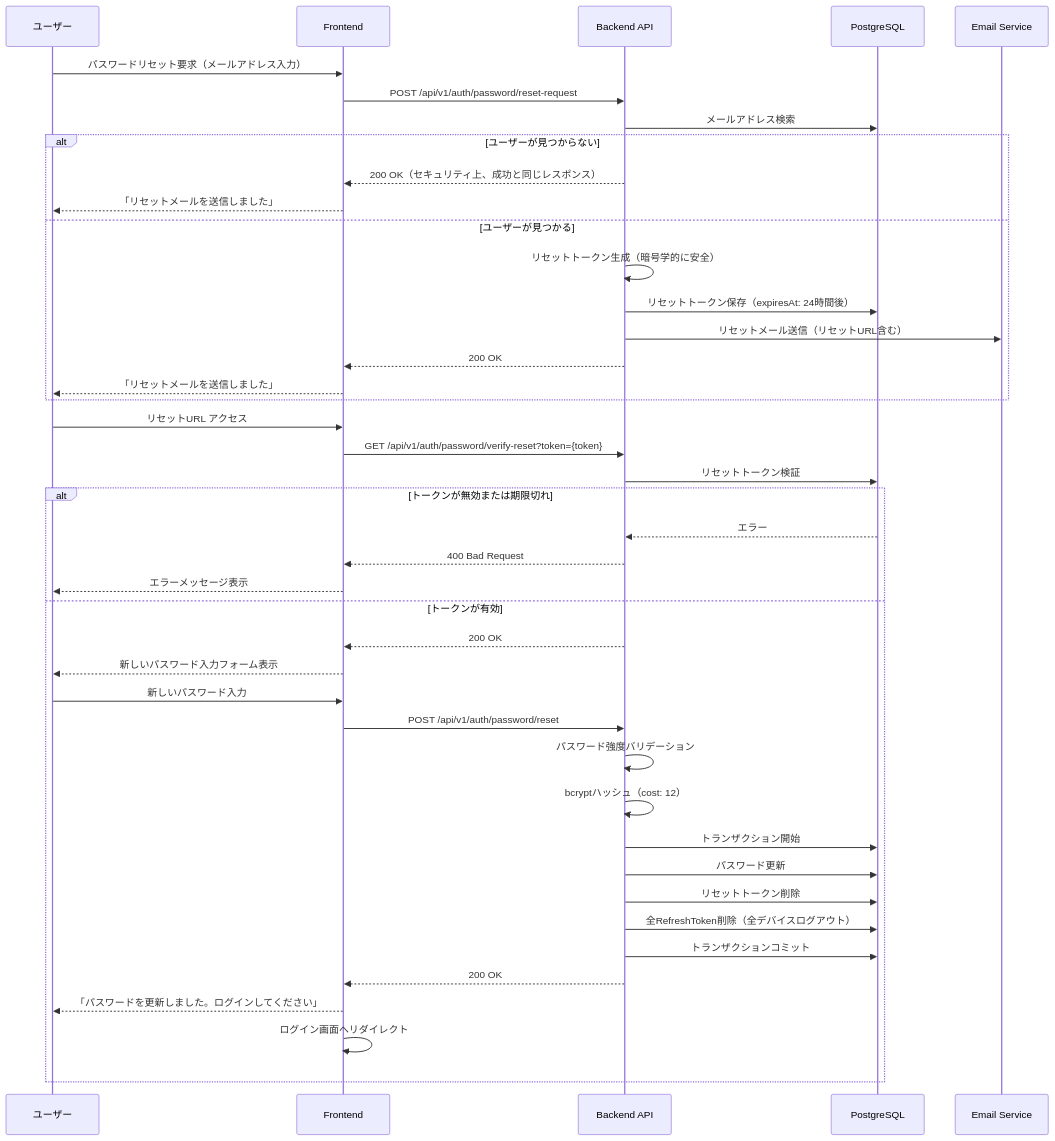
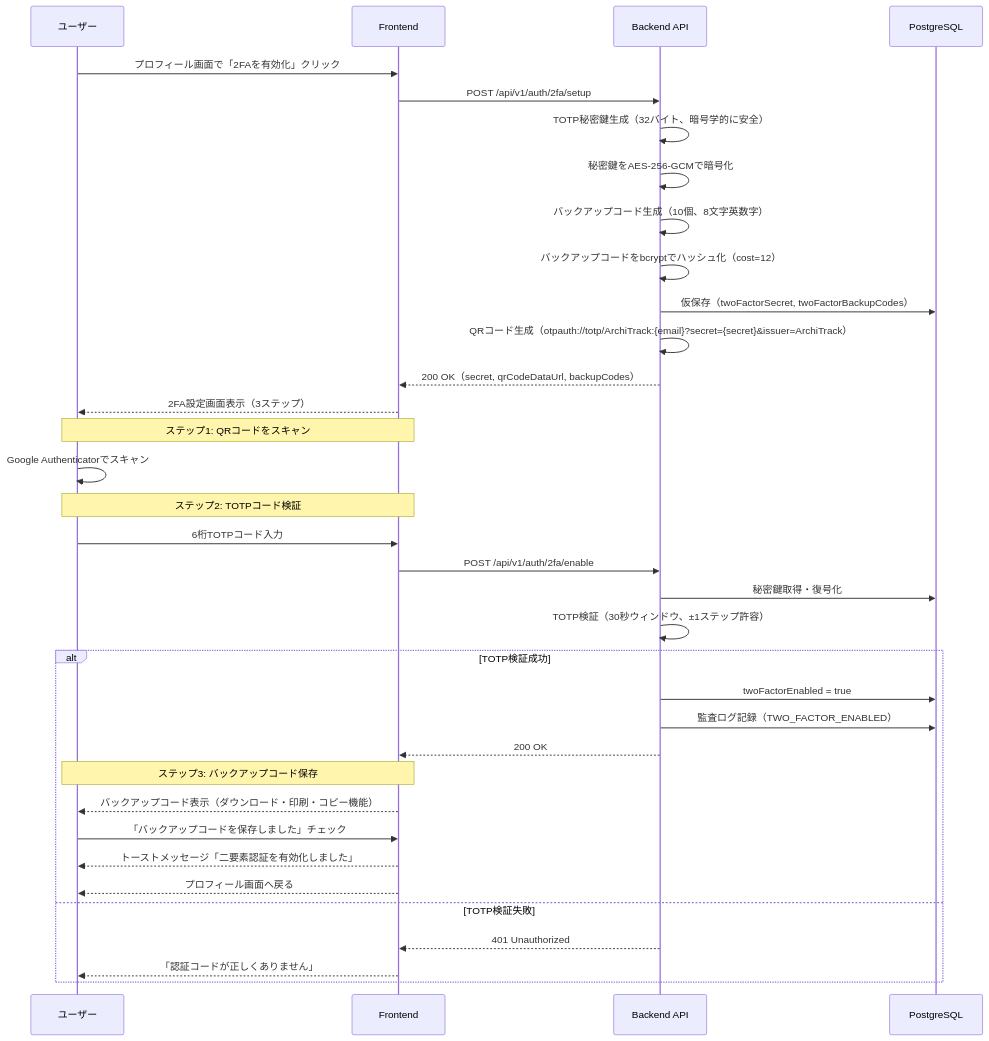
Before and after one commit to inakanou/ArchiTrack: the sixth of 7 diagrams in .kiro/specs/user-authentication/design.md, drawn with Mermaid. The commit also changed other lines of this file and 1 other file, not shown here.

First line of the commit message:
feat(spec): user-authentication技術設計書の完全生成（merge mode）

````diff
--- a/.kiro/specs/user-authentication/design.md
+++ b/.kiro/specs/user-authentication/design.md
@@ -610,47 +705,41 @@
 ```mermaid
 sequenceDiagram
     participant User as ユーザー
     participant Frontend as Frontend
     participant Backend as Backend API
     participant DB as PostgreSQL
-    participant Email as Email Service
 
-    User->>Frontend: パスワードリセット要求（メールアドレス入力）
-    Frontend->>Backend: POST /api/v1/auth/password/reset-request
-    Backend->>DB: メールアドレス検索
-    alt ユーザーが見つからない
-        Backend-->>Frontend: 200 OK（セキュリティ上、成功と同じレスポンス）
-        Frontend-->>User: 「リセットメールを送信しました」
-    else ユーザーが見つかる
-        Backend->>Backend: リセットトークン生成（暗号学的に安全）
-        Backend->>DB: リセットトークン保存（expiresAt: 24時間後）
-        Backend->>Email: リセットメール送信（リセットURL含む）
+    User->>Frontend: プロフィール画面で「2FAを有効化」クリック
+    Frontend->>Backend: POST /api/v1/auth/2fa/setup
+    Backend->>Backend: TOTP秘密鍵生成（32バイト、暗号学的に安全）
+    Backend->>Backend: 秘密鍵をAES-256-GCMで暗号化
+    Backend->>Backend: バックアップコード生成（10個、8文字英数字）
+    Backend->>Backend: バックアップコードをbcryptでハッシュ化（cost=12）
+    Backend->>DB: 仮保存（twoFactorSecret, twoFactorBackupCodes）
+    Backend->>Backend: QRコード生成（otpauth://totp/ArchiTrack:{email}?secret={secret}&issuer=ArchiTrack）
+    Backend-->>Frontend: 200 OK（secret, qrCodeDataUrl, backupCodes）
+
+    Frontend-->>User: 2FA設定画面表示（3ステップ）
+    Note over User,Frontend: ステップ1: QRコードをスキャン
+    User->>User: Google Authenticatorでスキャン
+
+    Note over User,Frontend: ステップ2: TOTPコード検証
+    User->>Frontend: 6桁TOTPコード入力
+    Frontend->>Backend: POST /api/v1/auth/2fa/enable
+    Backend->>DB: 秘密鍵取得・復号化
+    Backend->>Backend: TOTP検証（30秒ウィンドウ、±1ステップ許容）
+    alt TOTP検証成功
+        Backend->>DB: twoFactorEnabled = true
+        Backend->>DB: 監査ログ記録（TWO_FACTOR_ENABLED）
         Backend-->>Frontend: 200 OK
-        Frontend-->>User: 「リセットメールを送信しました」
-    end
 
-    User->>Frontend: リセットURL アクセス
-    Frontend->>Backend: GET /api/v1/auth/password/verify-reset?token={token}
-    Backend->>DB: リセットトークン検証
-    alt トークンが無効または期限切れ
-        DB-->>Backend: エラー
-        Backend-->>Frontend: 400 Bad Request
-        Frontend-->>User: エラーメッセージ表示
-    else トークンが有効
-        Backend-->>Frontend: 200 OK
-        Frontend-->>User: 新しいパスワード入力フォーム表示
-
-        User->>Frontend: 新しいパスワード入力
-        Frontend->>Backend: POST /api/v1/auth/password/reset
-        Backend->>Backend: パスワード強度バリデーション
-        Backend->>Backend: bcryptハッシュ（cost: 12）
-        Backend->>DB: トランザクション開始
-        Backend->>DB: パスワード更新
-        Backend->>DB: リセットトークン削除
-        Backend->>DB: 全RefreshToken削除（全デバイスログアウト）
-        Backend->>DB: トランザクションコミット
-        Backend-->>Frontend: 200 OK
-        Frontend-->>User: 「パスワードを更新しました。ログインしてください」
-        Frontend->>Frontend: ログイン画面へリダイレクト
+        Note over User,Frontend: ステップ3: バックアップコード保存
+        Frontend-->>User: バックアップコード表示（ダウンロード・印刷・コピー機能）
+        User->>Frontend: 「バックアップコードを保存しました」チェック
+        Frontend-->>User: トーストメッセージ「二要素認証を有効化しました」
+        Frontend-->>User: プロフィール画面へ戻る
+    else TOTP検証失敗
+        Backend-->>Frontend: 401 Unauthorized
+        Frontend-->>User: 「認証コードが正しくありません」
     end
 ```
````
